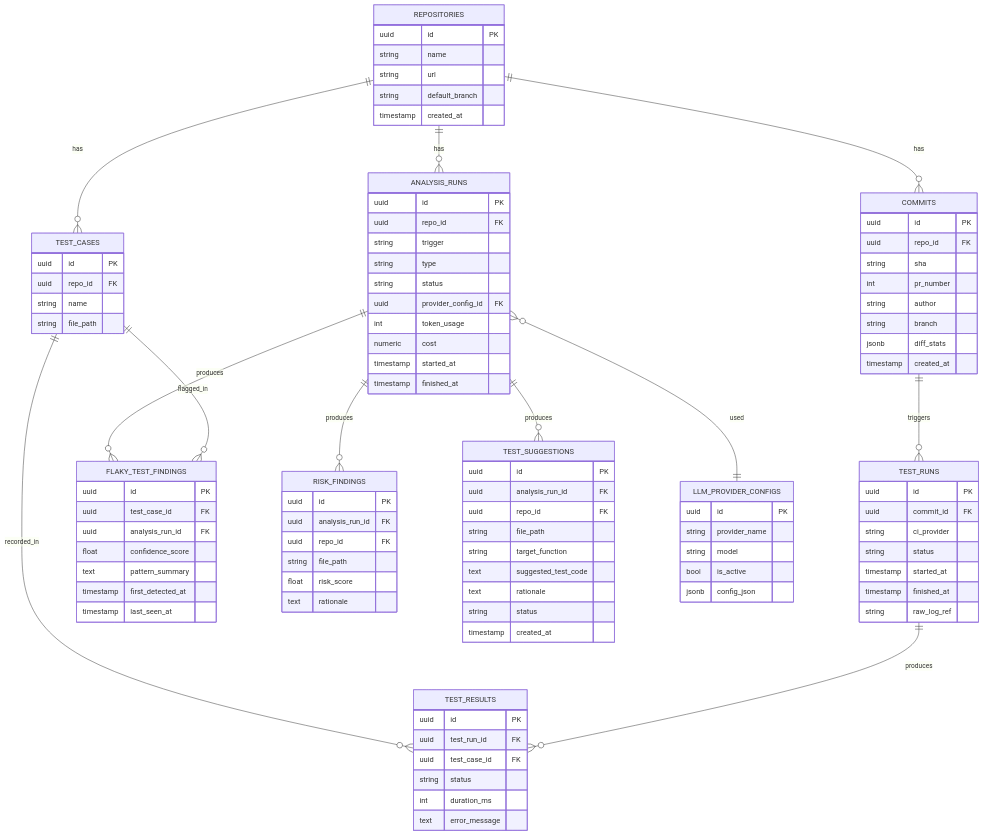
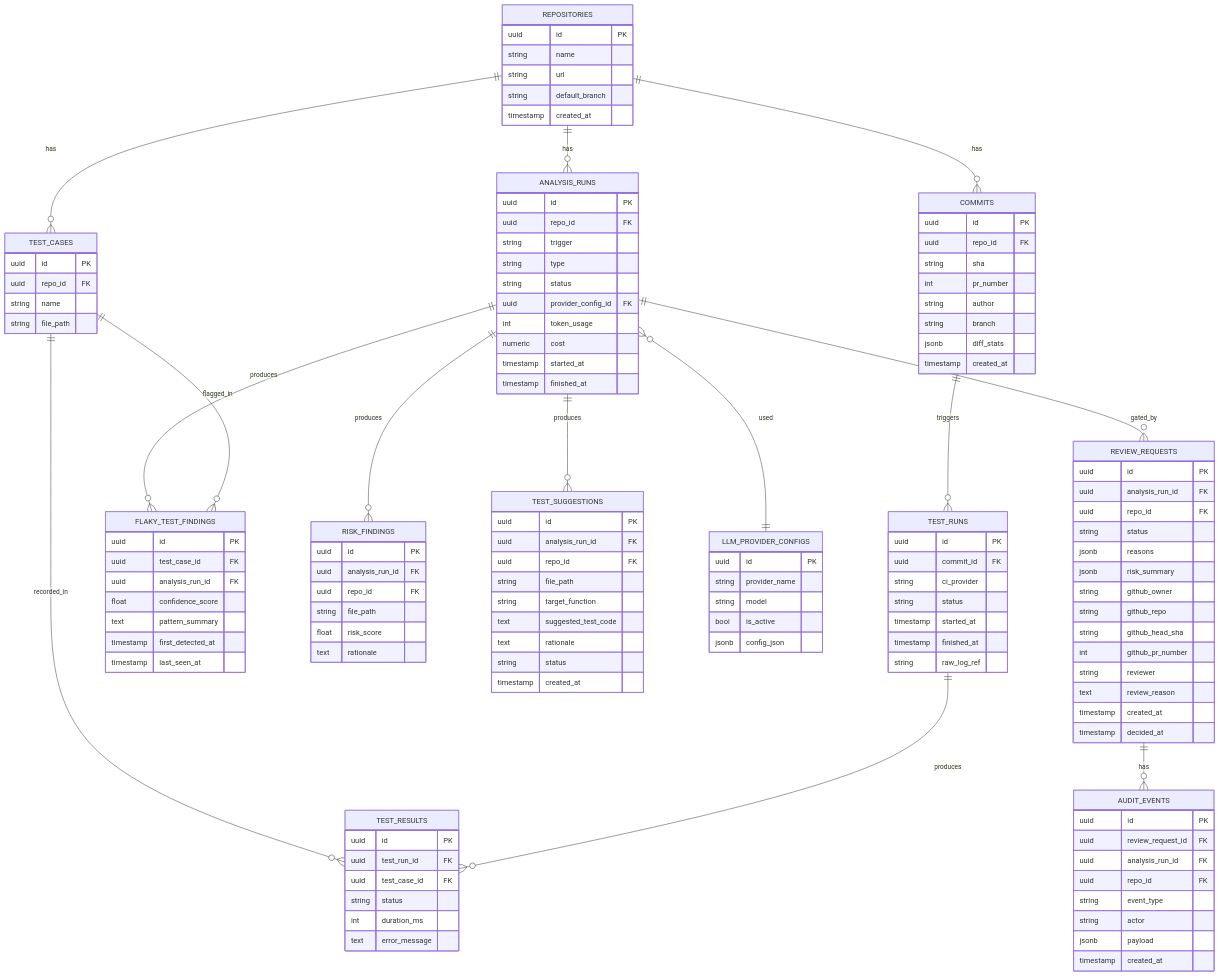
The third of 3 diagrams in docs/system-design.md (sdkdeepa/ai-test-intelligence-platform), drawn with Mermaid before and after one commit. The commit also changed other lines of this file and 36 other files, not shown here.

````diff
--- a/docs/system-design.md
+++ b/docs/system-design.md
@@ -93,6 +103,8 @@
     ANALYSIS_RUNS ||--o{ TEST_SUGGESTIONS : produces
     ANALYSIS_RUNS ||--o{ FLAKY_TEST_FINDINGS : produces
     ANALYSIS_RUNS }o--|| LLM_PROVIDER_CONFIGS : used
+    ANALYSIS_RUNS ||--o{ REVIEW_REQUESTS : gated_by
+    REVIEW_REQUESTS ||--o{ AUDIT_EVENTS : has
 
     REPOSITORIES {
         uuid id PK
@@ -181,4 +193,30 @@
         bool is_active
         jsonb config_json
     }
+    REVIEW_REQUESTS {
+        uuid id PK
+        uuid analysis_run_id FK
+        uuid repo_id FK
+        string status
+        jsonb reasons
+        jsonb risk_summary
+        string github_owner
+        string github_repo
+        string github_head_sha
+        int github_pr_number
+        string reviewer
+        text review_reason
+        timestamp created_at
+        timestamp decided_at
+    }
+    AUDIT_EVENTS {
+        uuid id PK
+        uuid review_request_id FK
+        uuid analysis_run_id FK
+        uuid repo_id FK
+        string event_type
+        string actor
+        jsonb payload
+        timestamp created_at
+    }
 ```
````
